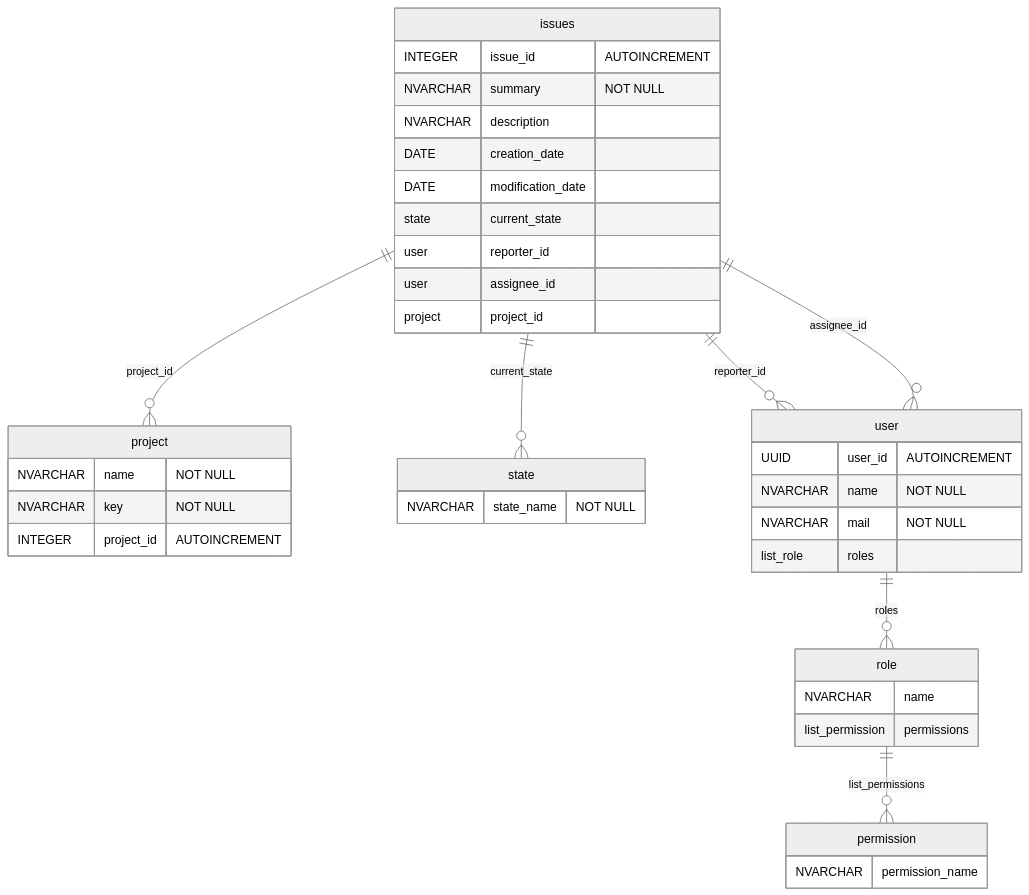
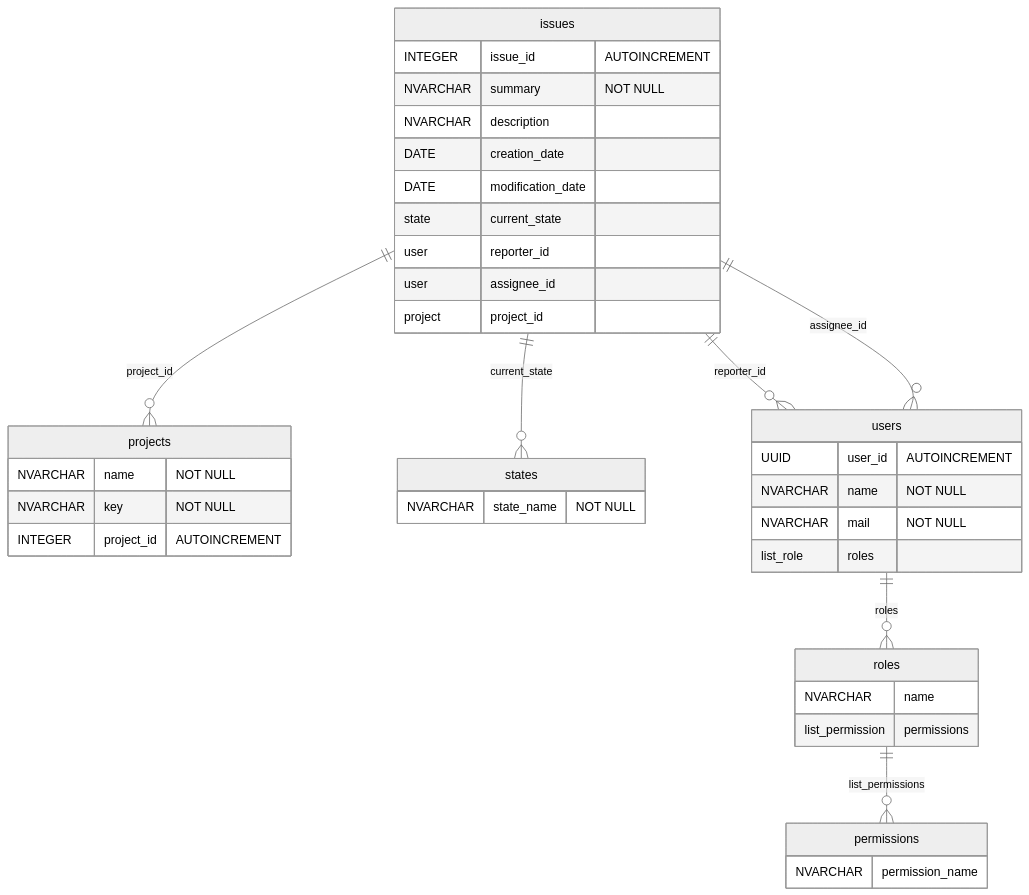
Before and after one commit to ShanSanear/TaskTracker: the diagram in architecture/database.md, drawn with Mermaid (neutral theme).

Commit message:
Plurar forms in database tables

````diff
--- a/architecture/database.md
+++ b/architecture/database.md
@@ -1,51 +1,51 @@
 ```mermaid
 erDiagram
 
   issues {
     INTEGER issue_id "AUTOINCREMENT"
     NVARCHAR summary "NOT NULL"
     NVARCHAR description
     DATE creation_date
     DATE modification_date
     state current_state
     user reporter_id
     user assignee_id
     project project_id
   }
   
-  project {
+  projects {
     NVARCHAR name "NOT NULL"
     NVARCHAR key "NOT NULL"
     INTEGER project_id "AUTOINCREMENT"
   }
   
-  state {
+  states {
     NVARCHAR state_name "NOT NULL"
   }
   
-  user {
+  users {
     UUID user_id "AUTOINCREMENT"
     NVARCHAR name "NOT NULL"
     NVARCHAR mail "NOT NULL"
     list_role roles
     
   }
   
-  role {
+  roles {
     NVARCHAR name
     list_permission permissions
   }
   
-  permission {
+  permissions {
     NVARCHAR permission_name
   }
   
   
-  issues ||--o{ project : "project_id"
-  issues ||--o{ user : "reporter_id"
-  issues ||--o{ user : "assignee_id"
-  issues ||--o{ state : "current_state"
-  user ||--o{ role : "roles"
-  role ||--o{ permission : "list_permissions"
+  issues ||--o{ projects : "project_id"
+  issues ||--o{ users : "reporter_id"
+  issues ||--o{ users : "assignee_id"
+  issues ||--o{ states : "current_state"
+  users ||--o{ roles : "roles"
+  roles ||--o{ permissions : "list_permissions"
 
 ```
````
